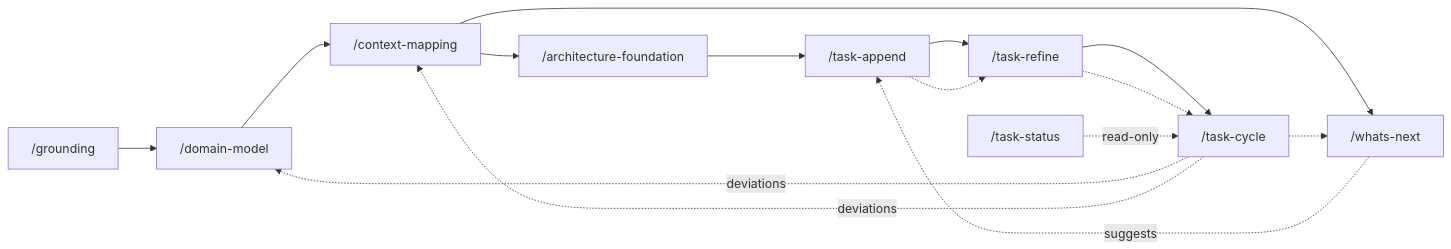
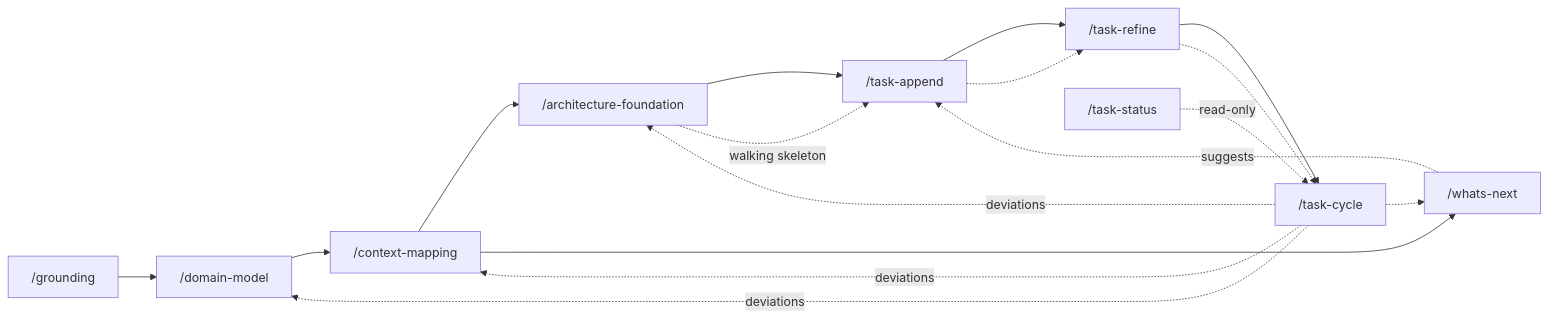
Before and after one commit to mtrense/skills: the diagram in domain-driven/README.md, drawn with Mermaid. The commit also changed other lines of this file and 6 other files, not shown here.

First line of the commit message:
improve(domain-driven): validate architecture ADRs with a walking skeleton and revision mode

````diff
--- a/domain-driven/README.md
+++ b/domain-driven/README.md
@@ -7,12 +7,14 @@
 ```mermaid
 flowchart LR
   g["/grounding"] --> dm["/domain-model"] --> cm["/context-mapping"]
   cm --> af["/architecture-foundation"] --> ap["/task-append"] --> rf["/task-refine"] --> wc["/task-cycle"]
   ap -.-> rf -.-> wc
   ts["/whats-next"] -.suggests.-> ap
+  af -.walking skeleton.-> ap
   cm --> ts
   wc -.-> ts
   wc -.deviations.-> dm
   wc -.deviations.-> cm
+  wc -.deviations.-> af
   stat["/task-status"] -.read-only.-> wc
 ```
````
